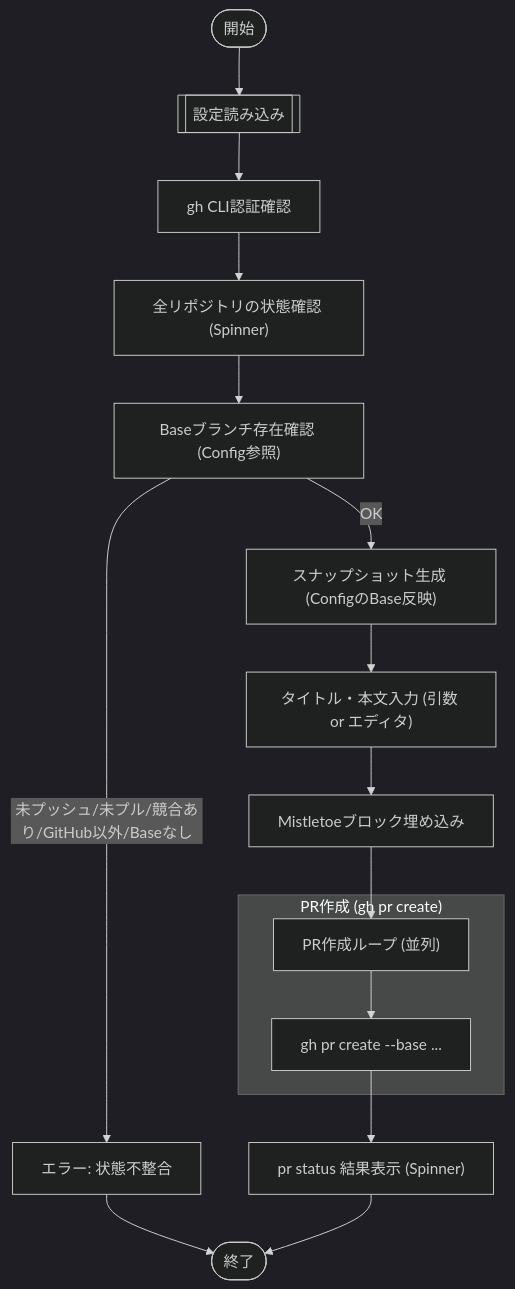
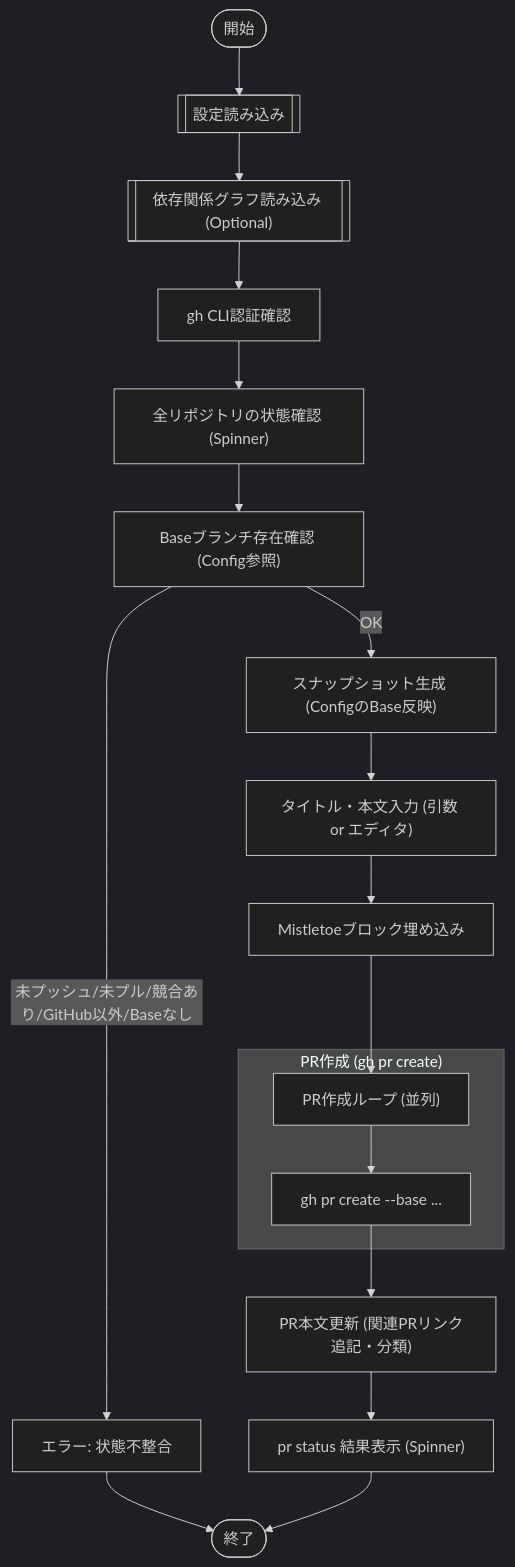
The diagram in docs/internal/app/pr_create.md (keiji/mistletoe), drawn with Mermaid (dark theme) before and after one commit. The commit also changed other lines of this file, not shown here.

````diff
--- a/docs/internal/app/pr_create.md
+++ b/docs/internal/app/pr_create.md
@@ -26,23 +27,25 @@
 ```mermaid
 flowchart TD
     Start(["開始"]) --> LoadConfigSub[["設定読み込み"]]
-    LoadConfigSub --> ValidateAuth["gh CLI認証確認"]
+    LoadConfigSub --> LoadDep[["依存関係グラフ読み込み (Optional)"]]
+    LoadDep --> ValidateAuth["gh CLI認証確認"]
     ValidateAuth --> CheckClean["全リポジトリの状態確認 (Spinner)"]
     CheckClean --> VerifyBase["Baseブランチ存在確認 (Config参照)"]
 
     VerifyBase -- "未プッシュ/未プル/競合あり/GitHub以外/Baseなし" --> ErrorState["エラー: 状態不整合"]
     VerifyBase -- "OK" --> GenSnapshot["スナップショット生成 (ConfigのBase反映)"]
 
     GenSnapshot --> InputContent["タイトル・本文入力 (引数 or エディタ)"]
     InputContent --> EmbedBlock["Mistletoeブロック埋め込み"]
 
     EmbedBlock --> CreatePRs["PR作成ループ (並列)"]
 
     subgraph "PR作成 (gh pr create)"
         CreatePRs --> CallGH["gh pr create --base <ConfigBase> ..."]
     end
 
-    CallGH --> ShowStatus["pr status 結果表示 (Spinner)"]
+    CallGH --> UpdateDesc["PR本文更新 (関連PRリンク追記・分類)"]
+    UpdateDesc --> ShowStatus["pr status 結果表示 (Spinner)"]
     ErrorState --> Stop(["終了"])
     ShowStatus --> Stop
 ```
````
